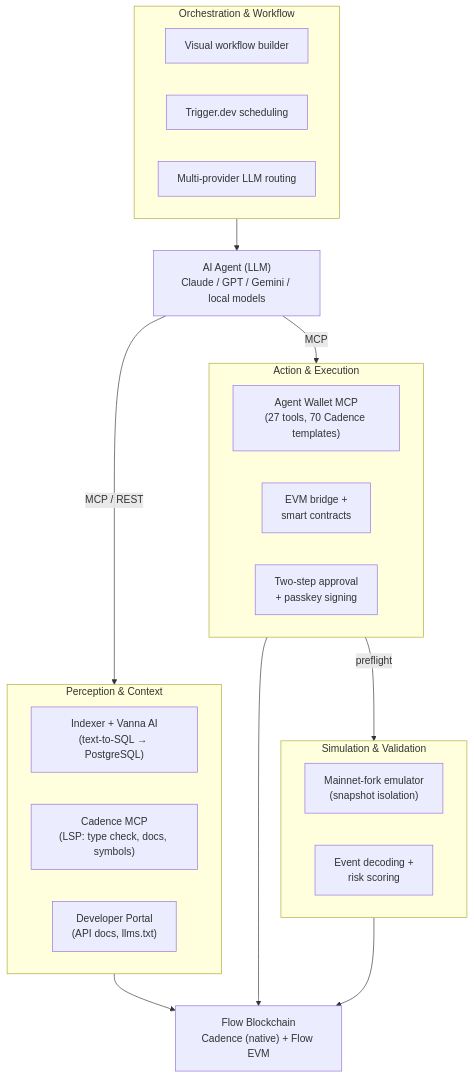
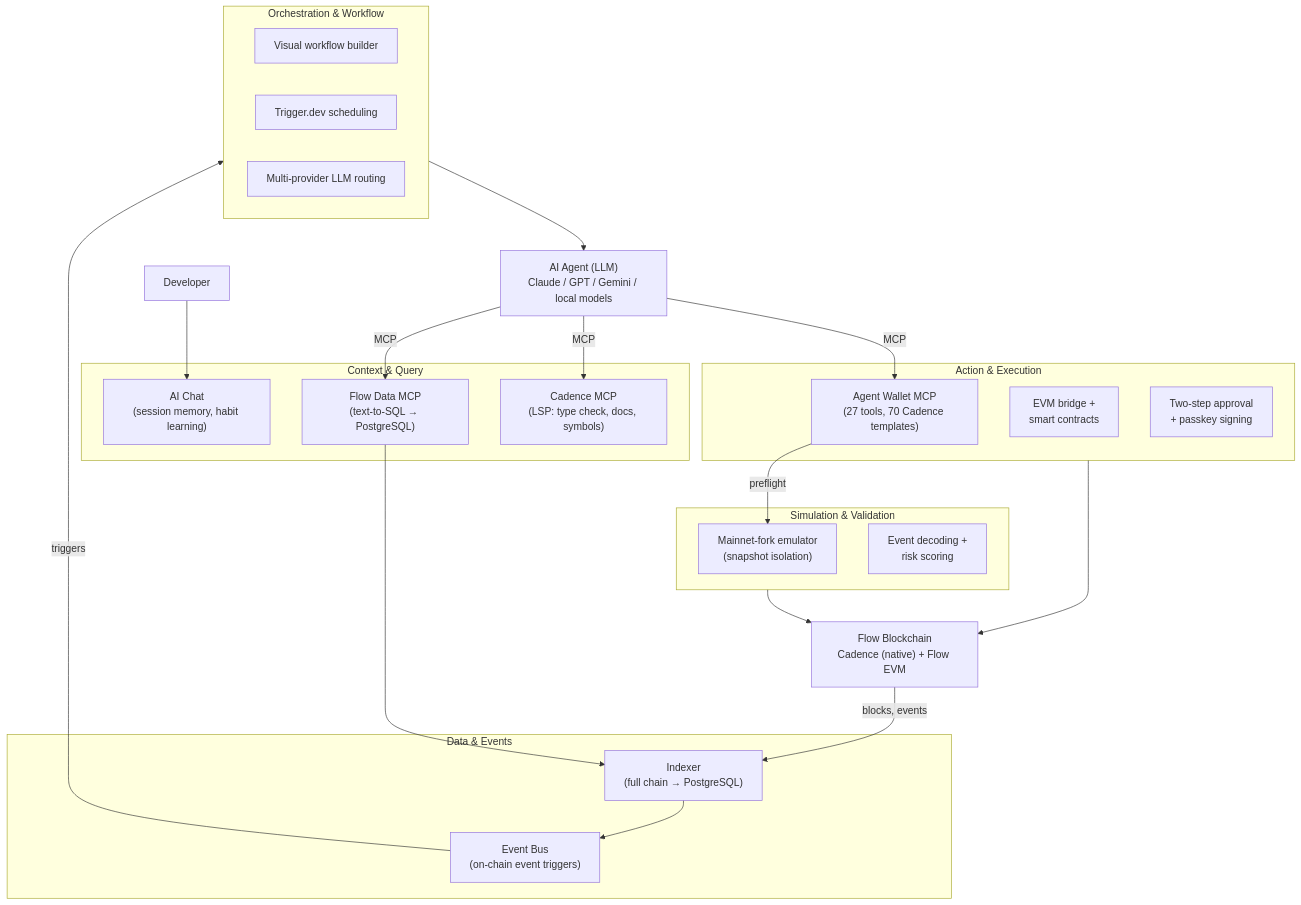
The diagram in docs/flowindex-ai-agent-infrastructure.md (Outblock/FlowIndex-monorepo), drawn with Mermaid before and after one commit. The commit also changed other lines of this file, not shown here.

First line of the commit message:
docs: split AI Chat and text-to-SQL MCP, add indexer as workflow event trigger

````diff
--- a/docs/flowindex-ai-agent-infrastructure.md
+++ b/docs/flowindex-ai-agent-infrastructure.md
@@ -9,37 +9,48 @@
 ```mermaid
 graph TD
     Agent["AI Agent (LLM)<br/>Claude / GPT / Gemini / local models"]
+    Dev["Developer"]
 
-    subgraph Perception ["Perception & Context"]
-        Indexer["Indexer + Vanna AI<br/>(text-to-SQL → PostgreSQL)"]
+    subgraph Data ["Data & Events"]
+        Indexer["Indexer<br/>(full chain → PostgreSQL)"]
+        EventBus["Event Bus<br/>(on-chain event triggers)"]
+    end
+
+    subgraph Context ["Context & Query"]
+        AIChat["AI Chat<br/>(session memory, habit learning)"]
+        FlowData["Flow Data MCP<br/>(text-to-SQL → PostgreSQL)"]
         CadenceMCP["Cadence MCP<br/>(LSP: type check, docs, symbols)"]
-        DevPortal["Developer Portal<br/>(API docs, llms.txt)"]
     end
 
     subgraph Action ["Action & Execution"]
         Wallet["Agent Wallet MCP<br/>(27 tools, 70 Cadence templates)"]
         EVM["EVM bridge +<br/>smart contracts"]
         Approval["Two-step approval<br/>+ passkey signing"]
     end
 
     subgraph Simulation ["Simulation & Validation"]
         Simulator["Mainnet-fork emulator<br/>(snapshot isolation)"]
         EventDecode["Event decoding +<br/>risk scoring"]
     end
 
     subgraph Orchestration ["Orchestration & Workflow"]
         Workflow["Visual workflow builder"]
         Trigger["Trigger.dev scheduling"]
         LLM["Multi-provider LLM routing"]
     end
 
     Flow["Flow Blockchain<br/>Cadence (native) + Flow EVM"]
 
-    Agent -->|MCP / REST| Perception
-    Agent -->|MCP| Action
-    Action -->|preflight| Simulation
-    Perception --> Flow
+    Flow -->|blocks, events| Indexer
+    Indexer --> EventBus
+    EventBus -->|triggers| Orchestration
+    Dev --> AIChat
+    Agent -->|MCP| FlowData
+    Agent -->|MCP| CadenceMCP
+    Agent -->|MCP| Wallet
+    Wallet -->|preflight| Simulator
+    Orchestration --> Agent
+    FlowData --> Indexer
     Action --> Flow
     Simulation --> Flow
-    Orchestration --> Agent
 ```
````
